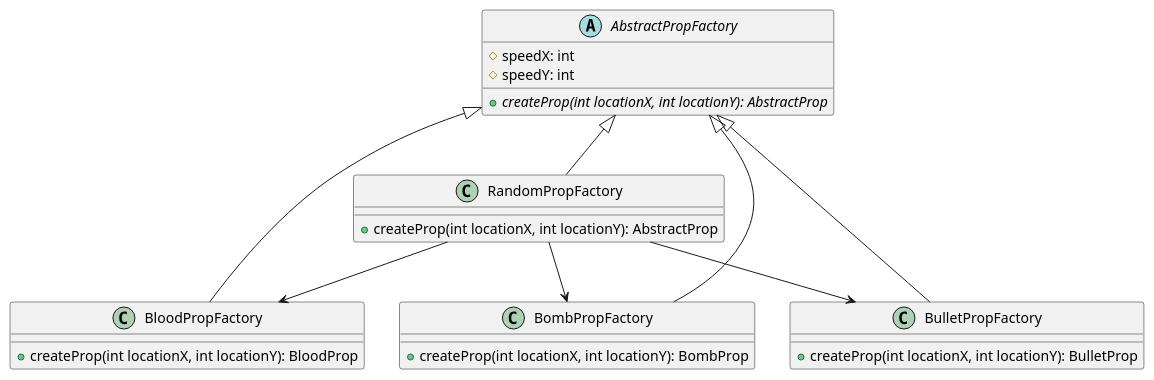
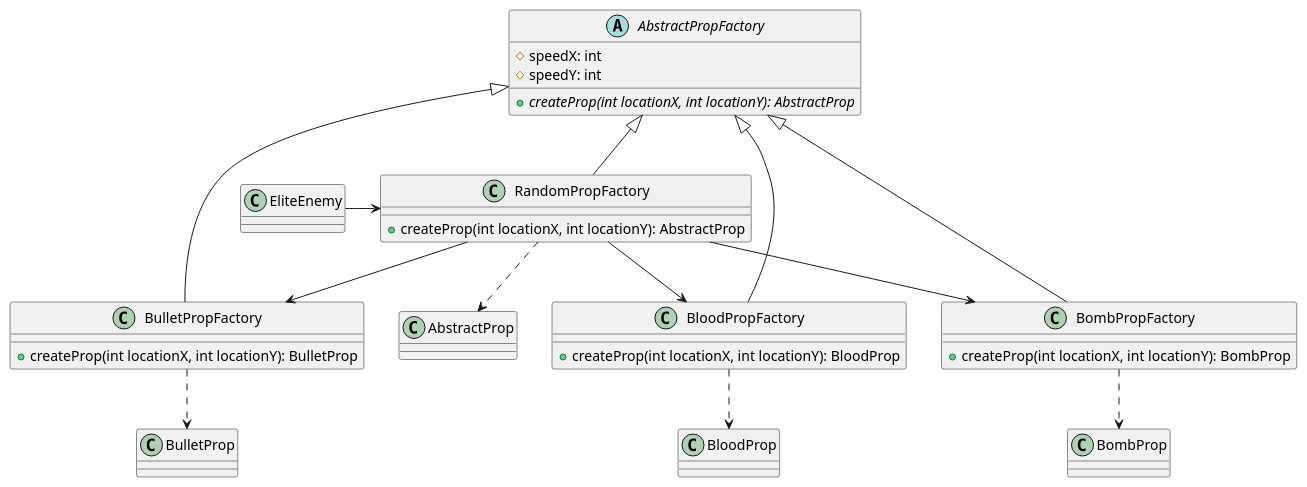
One commit to Jim-shop/AircraftWar changed the diagram in uml/PropFactory.puml. Above: the diagram before and after it, drawn with PlantUML. The commit also changed 3 other files, not shown here.

```diff
--- a/uml/PropFactory.puml
+++ b/uml/PropFactory.puml
@@ -1,29 +1,37 @@
 @startuml
 
 abstract class AbstractPropFactory {
     # speedX: int
     # speedY: int
     + {abstract} createProp(int locationX, int locationY): AbstractProp
 }
 
 class BloodPropFactory extends AbstractPropFactory {
     + createProp(int locationX, int locationY): BloodProp
 }
 
 class BombPropFactory extends AbstractPropFactory {
     + createProp(int locationX, int locationY): BombProp
 }
 
 class BulletPropFactory extends AbstractPropFactory {
     + createProp(int locationX, int locationY): BulletProp
 }
 
 class RandomPropFactory extends AbstractPropFactory {
     + createProp(int locationX, int locationY): AbstractProp
 }
 
 RandomPropFactory --> BloodPropFactory
 RandomPropFactory --> BombPropFactory
 RandomPropFactory --> BulletPropFactory
 
+BloodPropFactory ..> BloodProp
+BombPropFactory ..> BombProp
+BulletPropFactory ..> BulletProp
+RandomPropFactory ..> AbstractProp
+
+class EliteEnemy{}
+EliteEnemy -> RandomPropFactory
+
 @enduml
```
